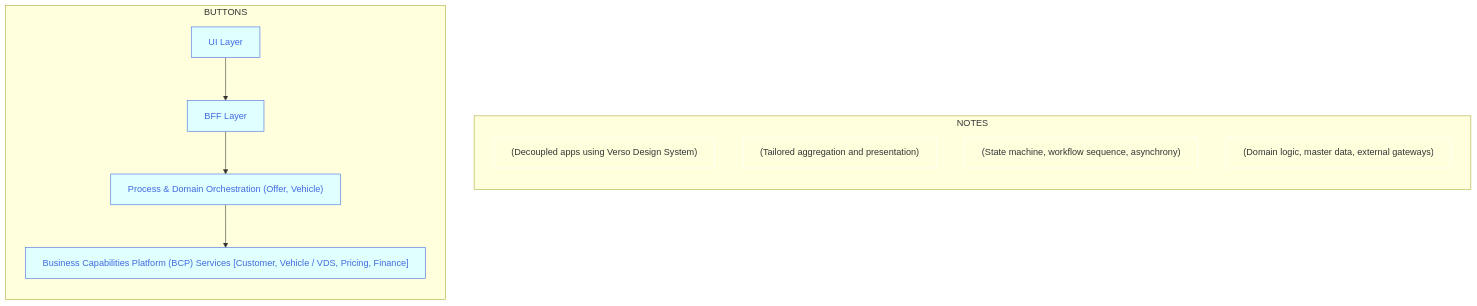
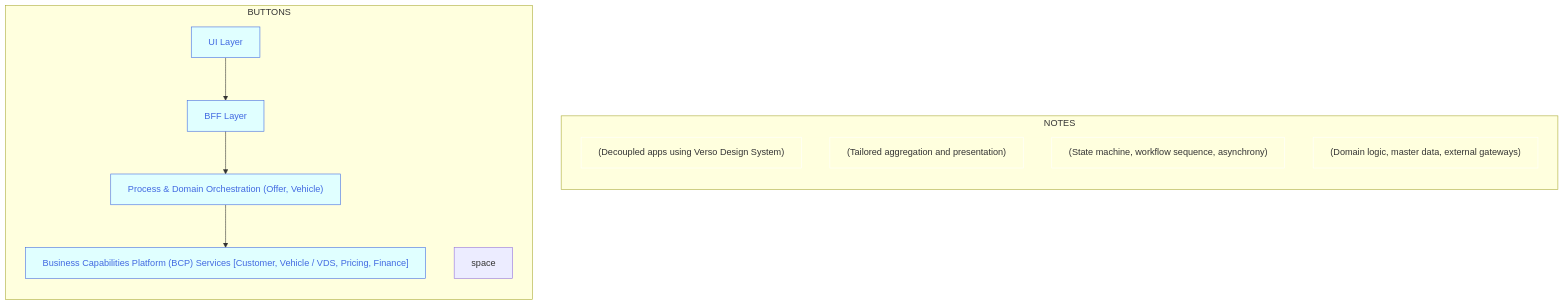
One commit to joe-dorward/samples changed the diagram in buttons_mermaid_v3.md. Above: the diagram before and after it, drawn with Mermaid.

````diff
--- a/buttons_mermaid_v3.md
+++ b/buttons_mermaid_v3.md
@@ -3,46 +3,47 @@
 ```mermaid
   %%{
     init: {"flowchart": { "markdownAutoWrap":"false", "textWrap":"false", "wrappingWidth": "100%" }
     }
   }%%
   flowchart LR
 
   %% define styles
-  classDef Button fill:lightcyan, stroke:royalblue, color:royalblue;
+  classDef Button fill:lightcyan, stroke:royalblue, color:royalblue, text-align:left;
   classDef Note fill:transparent, stroke:white, text-align:left;
 
   subgraph BUTTONS
     direction TD
 
     BUTTON_01["UI Layer"]:::Button
+    space
     click BUTTON_01 "https://en.wikipedia.org/wiki/Main_Page" _blank
 
     BUTTON_02["BFF Layer"]:::Button
     click BUTTON_02 "https://en.wikipedia.org/wiki/Main_Page" _blank
 
     BUTTON_03["Process & Domain Orchestration (Offer, Vehicle)"]:::Button
     click BUTTON_03 "https://en.wikipedia.org/wiki/Main_Page" _blank
 
     BUTTON_04["Business Capabilities Platform (BCP) Services [Customer, Vehicle / VDS, Pricing, Finance]"]:::Button
     click BUTTON_04 "https://en.wikipedia.org/wiki/Main_Page" _blank
   end
 
   subgraph NOTES
     direction TD
     BUTTON_01_NOTE["(Decoupled apps using Verso Design System)"]:::Note
     BUTTON_02_NOTE["(Tailored aggregation and presentation)"]:::Note
     BUTTON_03_NOTE["(State machine, workflow sequence, asynchrony)"]:::Note
     BUTTON_04_NOTE["(Domain logic, master data, external gateways)"]:::Note
   end
 
   %% invisibly connect BUTTONS (sub-graph) to NOTES (sub-graph)
   BUTTONS~~~
   NOTES
 
   BUTTON_01-->
   BUTTON_02-->
   BUTTON_03-->
   BUTTON_04
 
 
 ```
````
